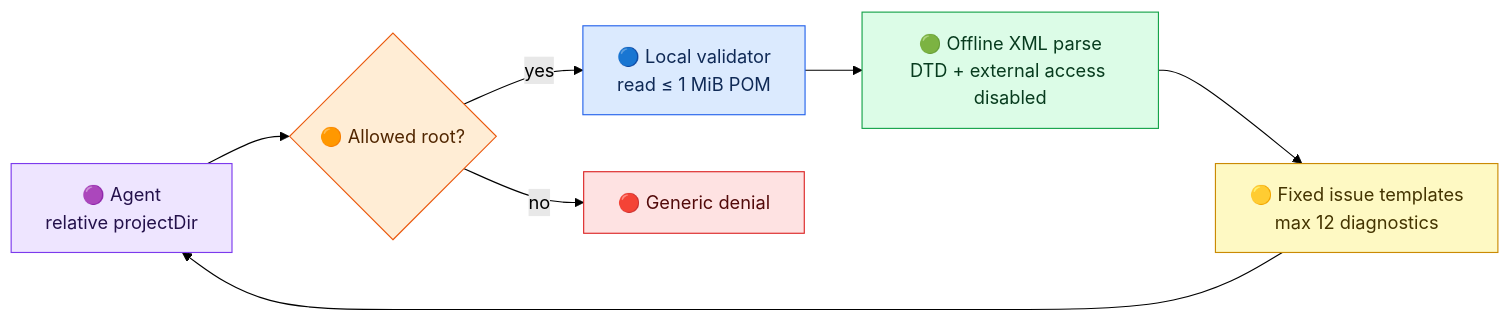
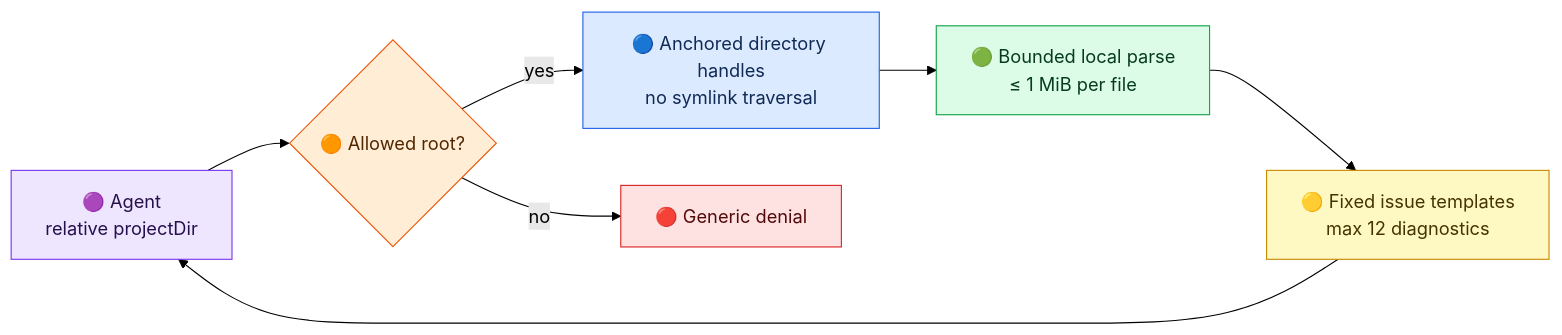
The diagram in docs/reference/configuration-validation.md (thepragmatik/mcp-server-jvm-build-tools), drawn with Mermaid (forest theme) before and after one commit. The commit also changed other lines of this file and 15 other files, not shown here.

````diff
--- a/docs/reference/configuration-validation.md
+++ b/docs/reference/configuration-validation.md
@@ -28,21 +28,21 @@
 ```mermaid
 flowchart LR
     A["🟣 Agent<br/>relative projectDir"] --> B{"🟠 Allowed root?"}
-    B -- yes --> C["🔵 Local validator<br/>read ≤ 1 MiB POM"]
+    B -- yes --> C["🔵 Anchored directory handles<br/>no symlink traversal"]
     B -- no --> X["🔴 Generic denial"]
-    C --> D["🟢 Offline XML parse<br/>DTD + external access disabled"]
+    C --> D["🟢 Bounded local parse<br/>≤ 1 MiB per file"]
     D --> E["🟡 Fixed issue templates<br/>max 12 diagnostics"]
     E --> A
     classDef agent fill:#eee5ff,stroke:#7c3aed,color:#24114b
     classDef boundary fill:#ffedd5,stroke:#ea580c,color:#512600
     classDef local fill:#dbeafe,stroke:#2563eb,color:#102a56
     classDef parser fill:#dcfce7,stroke:#16a34a,color:#073b1e
     classDef result fill:#fef9c3,stroke:#ca8a04,color:#443400
     classDef deny fill:#fee2e2,stroke:#dc2626,color:#520909
     class A agent
     class B boundary
     class C local
     class D parser
     class E result
     class X deny
 ```
````
